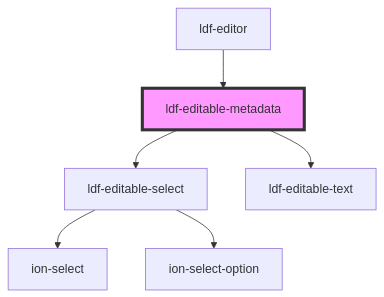
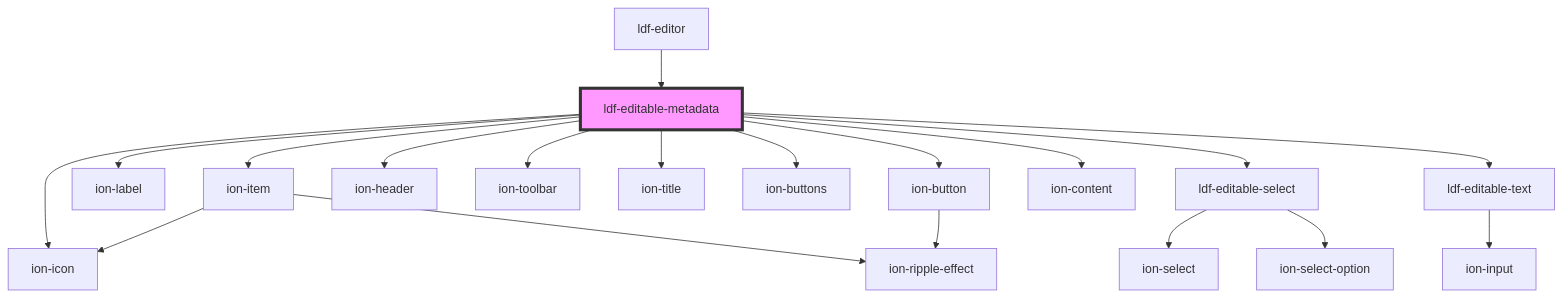
The diagram in components/src/components/editable-metadata/readme.md (gbj/venite), drawn with Mermaid before and after one commit. The commit also changed other lines of this file and 22 other files, not shown here.

````diff
--- a/components/src/components/editable-metadata/readme.md
+++ b/components/src/components/editable-metadata/readme.md
@@ -30,9 +40,22 @@
 ```mermaid
 graph TD;
+  ldf-editable-metadata --> ion-item
+  ldf-editable-metadata --> ion-label
   ldf-editable-metadata --> ldf-editable-select
+  ldf-editable-metadata --> ion-header
+  ldf-editable-metadata --> ion-toolbar
+  ldf-editable-metadata --> ion-title
+  ldf-editable-metadata --> ion-buttons
+  ldf-editable-metadata --> ion-button
+  ldf-editable-metadata --> ion-icon
+  ldf-editable-metadata --> ion-content
   ldf-editable-metadata --> ldf-editable-text
+  ion-item --> ion-icon
+  ion-item --> ion-ripple-effect
   ldf-editable-select --> ion-select
   ldf-editable-select --> ion-select-option
+  ion-button --> ion-ripple-effect
+  ldf-editable-text --> ion-input
   ldf-editor --> ldf-editable-metadata
   style ldf-editable-metadata fill:#f9f,stroke:#333,stroke-width:4px
 ```
````
